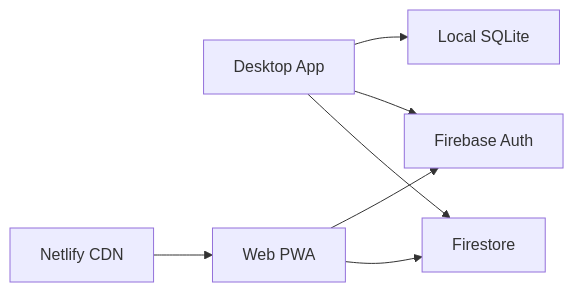
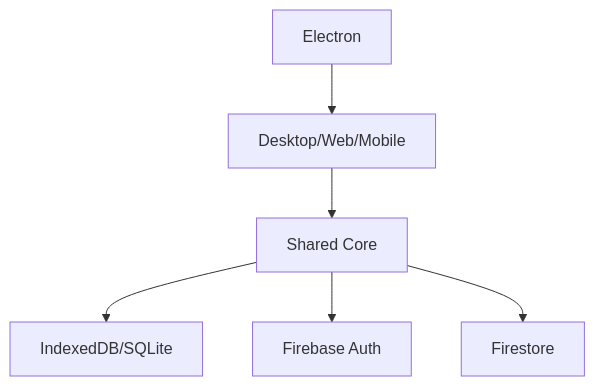
Before and after one commit to rumankazi/zenoter: the third of 4 diagrams in docs/development/architecture.md, drawn with Mermaid. The commit also changed other lines of this file and 12 other files, not shown here.

````diff
--- a/docs/development/architecture.md
+++ b/docs/development/architecture.md
@@ -47,9 +98,8 @@
 ```mermaid
-graph LR
-    A[Desktop App] --> B[Local SQLite]
-    A --> D[Firebase Auth]
-    A --> E[Firestore]
-    F[Web PWA] --> D
-    F --> E
-    G[Netlify CDN] --> F
+graph TD
+    A[Desktop/Web/Mobile] --> B[Shared Core]
+    B --> C[IndexedDB/SQLite]
+    B --> D[Firebase Auth]
+    B --> E[Firestore]
+    F[Electron] --> A
 ```
````
